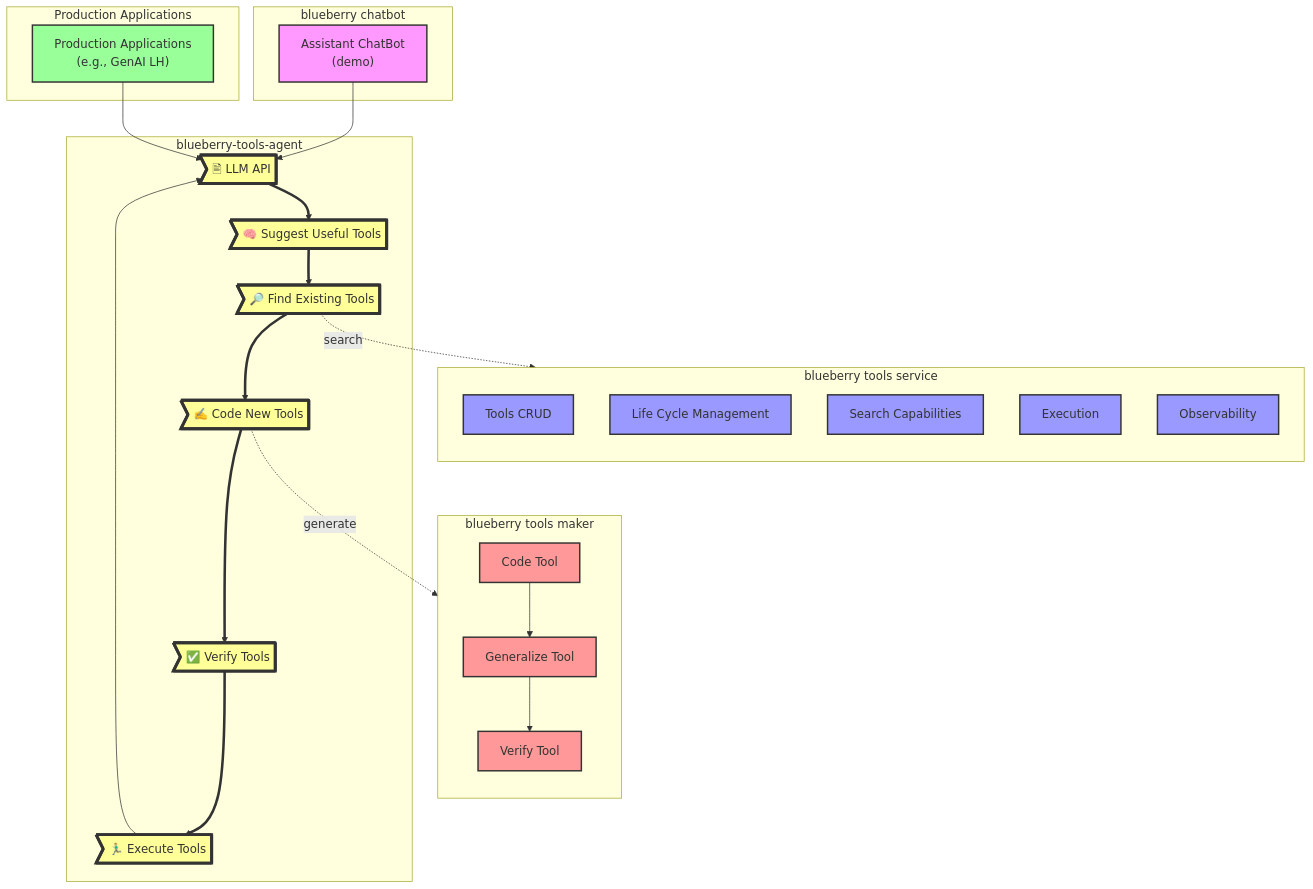
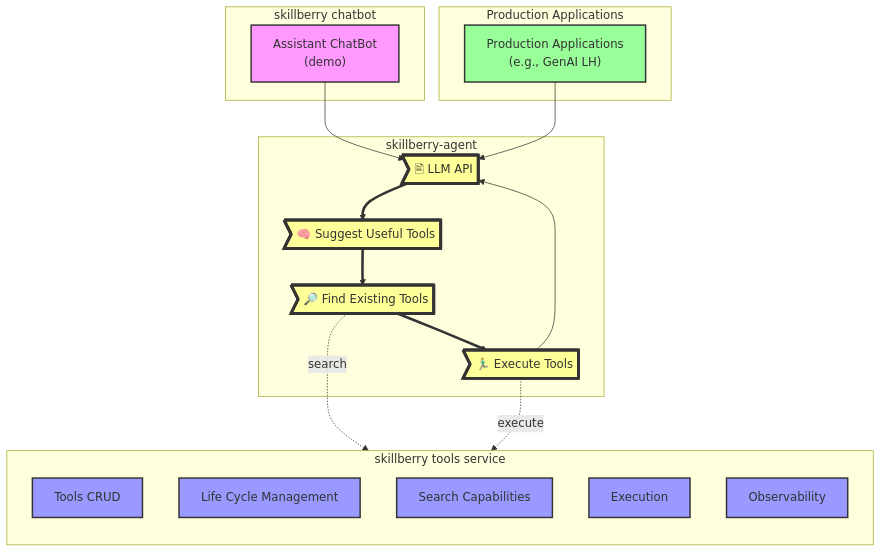
The diagram in README.md (skillberry-ai/skillberry-agent), drawn with Mermaid before and after one commit. The commit also changed other lines of this file and 1 other file, not shown here.

````diff
--- a/README.md
+++ b/README.md
@@ -17,73 +14,48 @@
 ```mermaid
   graph TB
-    subgraph BTM[blueberry tools maker]
-        direction TB
-        style BTM1 fill:#f99,stroke:#333,stroke-width:2px
-        style BTM2 fill:#f99,stroke:#333,stroke-width:2px
-        style BTM3 fill:#f99,stroke:#333,stroke-width:2px
-        BTM1[Code Tool]
-        BTM2[Generalize Tool]
-        BTM3[Verify Tool]
-
-        BTM1 --> BTM2
-        BTM2 --> BTM3
-    end
-
-    subgraph BTS[blueberry tools service]
+    subgraph BTS[skillberry tools service]
         direction TB
         style BTS1 fill:#99f,stroke:#333,stroke-width:2px
         style BTS2 fill:#99f,stroke:#333,stroke-width:2px
         style BTS3 fill:#99f,stroke:#333,stroke-width:2px
         style BTS4 fill:#99f,stroke:#333,stroke-width:2px
         style BTS5 fill:#99f,stroke:#333,stroke-width:2px
         BTS1[Tools CRUD]
         BTS2[Life Cycle Management]
         BTS3[Search Capabilities]
         BTS4[Execution]
         BTS5[Observability]
     end
-    %% click BTS1 "https://github.ibm.com/Blueberry/blueberry-tools-service"
-    %% click BTS2 "https://github.ibm.com/Blueberry/blueberry-tools-service"
-    %% click BTS3 "https://github.ibm.com/Blueberry/blueberry-tools-service"
-    %% click BTS4 "https://github.ibm.com/Blueberry/blueberry-tools-service"
-    %% click BTS5 "https://github.ibm.com/Blueberry/blueberry-tools-service"
 
-    subgraph BC[blueberry chatbot]
+    subgraph BC[skillberry chatbot]
         style BC1 fill:#f9f,stroke:#333,stroke-width:2px
         BC1["Assistant ChatBot<br>(demo)"]
     end
 
     subgraph PA[Production Applications]
         style PA1 fill:#9f9,stroke:#333,stroke-width:2px
         PA1["Production Applications<br> (e.g., GenAI LH)"]
     end
 
-    subgraph BTA[blueberry-tools-agent]
+    subgraph BTA[skillberry-agent]
         style BTA1 fill:#ff9,stroke:#333,stroke-width:4px
         style BTA2 fill:#ff9,stroke:#333,stroke-width:4px
         style BTA3 fill:#ff9,stroke:#333,stroke-width:4px
         style BTA4 fill:#ff9,stroke:#333,stroke-width:4px
-        style BTA5 fill:#ff9,stroke:#333,stroke-width:4px
-        style BTA6 fill:#ff9,stroke:#333,stroke-width:4px
         BTA1>🖹 LLM API]
         BTA2>🧠 Suggest Useful Tools]
         BTA3>🔎 Find Existing Tools]
-        BTA4>✍️ Code New Tools]
-        BTA5>✅ Verify Tools]
-        BTA6>🏃🏼‍♂️ Execute Tools]
+        BTA4>🏃🏼‍♂️ Execute Tools]
 
         BTA1 ==> BTA2
         BTA2 ==> BTA3
         BTA3 ==> BTA4
-        BTA4 ==> BTA5
-        BTA5 ==> BTA6
-        BTA6 ---> BTA1
+        BTA4 ---> BTA1
 
     end
 
     BC1 --> BTA1
     PA1 --> BTA1
     BTA3 -. search .-> BTS
-    BTA4 -. generate .-> BTM
-    %% BTA6 -. execute .-> BTS
+    BTA4 -. execute .-> BTS
 ```
````
